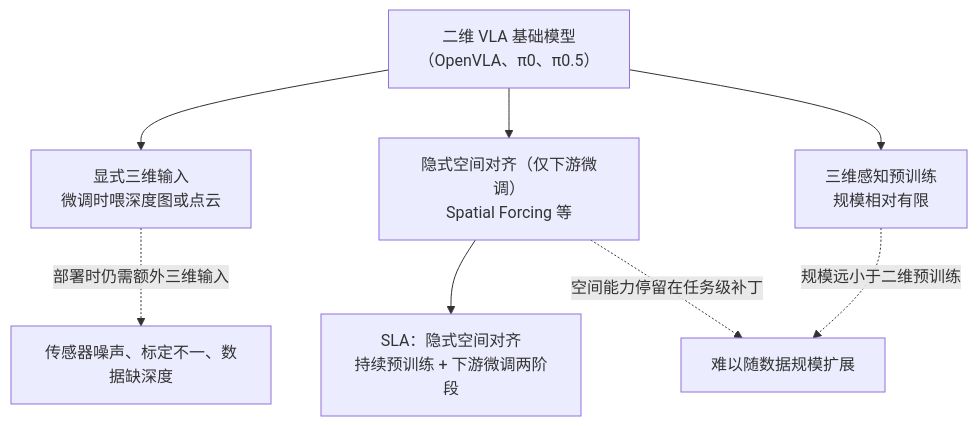
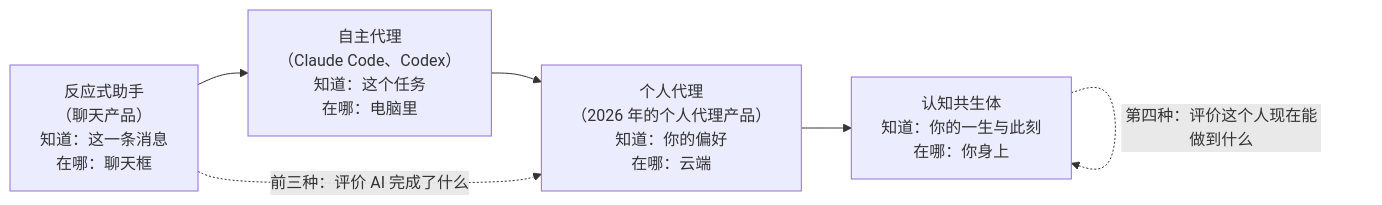
One commit to yingwang/paper-reads changed the first of 6 diagrams in docs/index.md. Above: the diagram before and after it, drawn with Mermaid. The commit also changed other lines of this file and 2 other files, not shown here.

````diff
--- a/docs/index.md
+++ b/docs/index.md
@@ -55,10 +54,8 @@
 ```mermaid
-flowchart TD
-    A["二维 VLA 基础模型<br/>（OpenVLA、π0、π0.5）"] --> B["显式三维输入<br/>微调时喂深度图或点云"]
-    A --> C["隐式空间对齐（仅下游微调）<br/>Spatial Forcing 等"]
-    A --> E["三维感知预训练<br/>规模相对有限"]
-    C --> D["SLA：隐式空间对齐<br/>持续预训练 + 下游微调两阶段"]
-    B -. "部署时仍需额外三维输入" .-> X["传感器噪声、标定不一、数据缺深度"]
-    C -. "空间能力停留在任务级补丁" .-> Y["难以随数据规模扩展"]
-    E -. "规模远小于二维预训练" .-> Y
+flowchart LR
+    R["反应式助手<br/>（聊天产品）<br/>知道：这一条消息<br/>在哪：聊天框"] --> A["自主代理<br/>（Claude Code、Codex）<br/>知道：这个任务<br/>在哪：电脑里"]
+    A --> P["个人代理<br/>（2026 年的个人代理产品）<br/>知道：你的偏好<br/>在哪：云端"]
+    P --> S["认知共生体<br/>知道：你的一生与此刻<br/>在哪：你身上"]
+    R -. "前三种：评价 AI 完成了什么" .-> P
+    S -. "第四种：评价这个人现在能做到什么" .-> S
 ```
````
